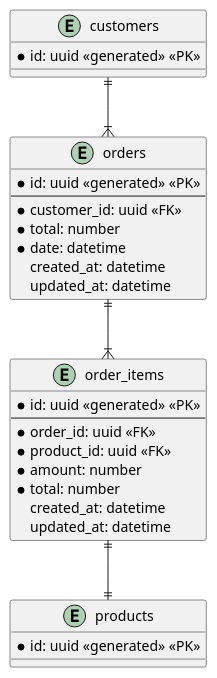
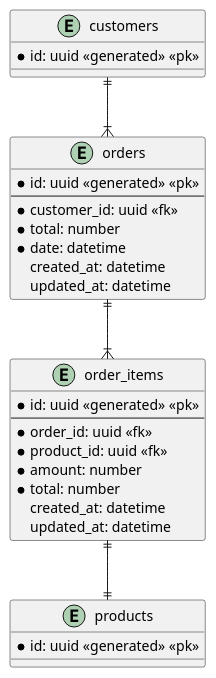
The diagram in docs/order-erd.puml (ericoalmeida/poc-prisma.io-orm), drawn with PlantUML before and after one commit.

Commit message:
docs: change erd orders

```diff
--- a/docs/order-erd.puml
+++ b/docs/order-erd.puml
@@ -1,36 +1,36 @@
 @startuml courses
 
 entity customers{
-  * id: uuid <<generated>> <<PK>>
+  * id: uuid <<generated>> <<pk>>
 }
 
 entity products{
-  * id: uuid <<generated>> <<PK>>
+  * id: uuid <<generated>> <<pk>>
 }
 
 entity orders{
-  * id: uuid <<generated>> <<PK>>
+  * id: uuid <<generated>> <<pk>>
   --
-  * customer_id: uuid <<FK>>
+  * customer_id: uuid <<fk>>
   * total: number
   * date: datetime
     created_at: datetime
     updated_at: datetime
 }
 
 entity order_items{
-  * id: uuid <<generated>> <<PK>>
+  * id: uuid <<generated>> <<pk>>
   --
-  * order_id: uuid <<FK>>
-  * product_id: uuid <<FK>>
+  * order_id: uuid <<fk>>
+  * product_id: uuid <<fk>>
   * amount: number
   * total: number
     created_at: datetime
     updated_at: datetime
 }
 
 customers||--|{orders
 orders||--|{order_items
 order_items||--||products
 
 @enduml
```
